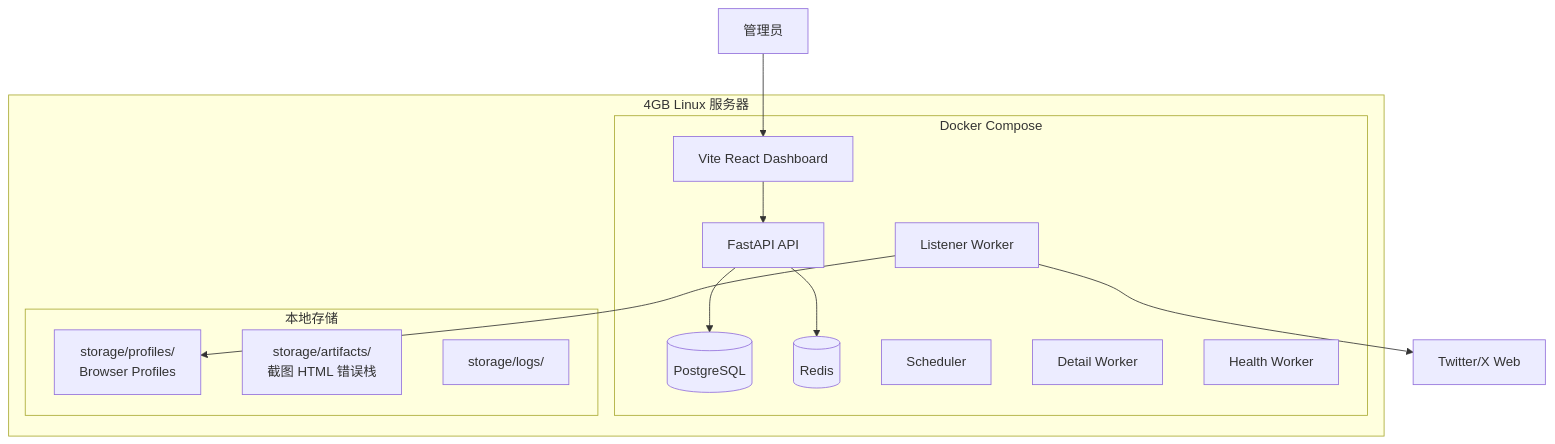
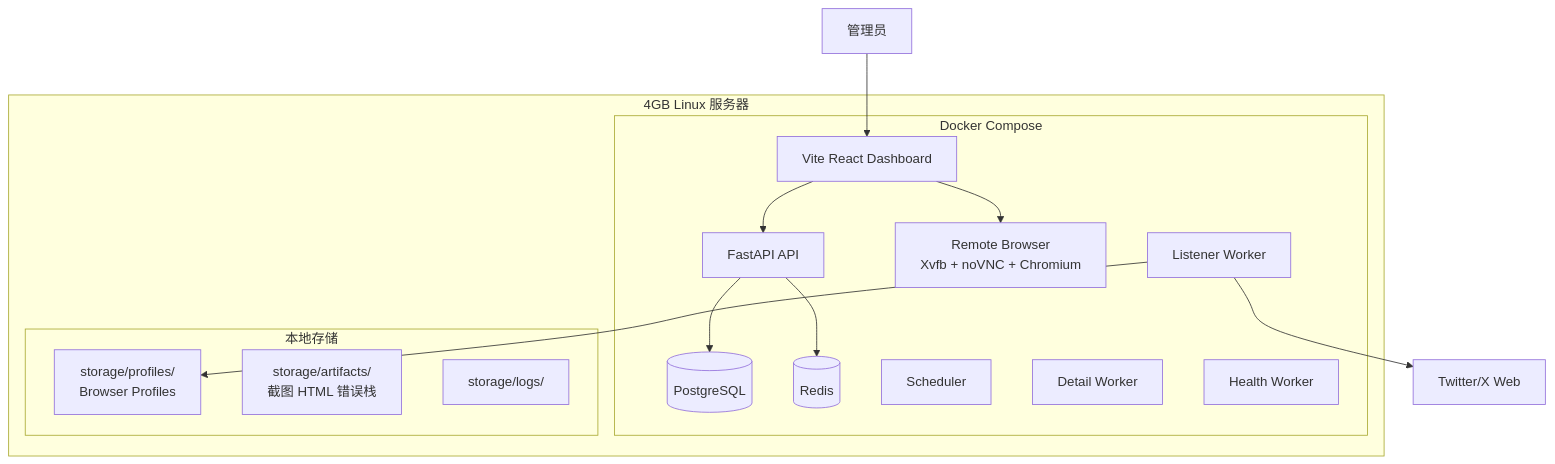
One commit to Guranta/ganksnews changed the fifth of 5 diagrams in docs/architecture.md. Above: the diagram before and after it, drawn with Mermaid. The commit also changed other lines of this file and 4 other files, not shown here.

````diff
--- a/docs/architecture.md
+++ b/docs/architecture.md
@@ -121,30 +145,33 @@
 ```mermaid
 flowchart TB
     subgraph Server[4GB Linux 服务器]
         subgraph Docker[Docker Compose]
             PG[(PostgreSQL)]
             Redis[(Redis)]
             API[FastAPI API]
             Web[Vite React Dashboard]
+            RemoteBrowser[Remote Browser
+Xvfb + noVNC + Chromium]
             Scheduler[Scheduler]
             Listener[Listener Worker]
             Detail[Detail Worker]
             HealthWorker[Health Worker]
         end
 
         subgraph Storage[本地存储]
             Profiles[storage/profiles/\nBrowser Profiles]
             Artifacts[storage/artifacts/\n截图 HTML 错误栈]
             Logs[storage/logs/]
         end
     end
 
     X[Twitter/X Web]
 
     User[管理员] --> Web
     Web --> API
+    Web --> RemoteBrowser
     API --> PG
     API --> Redis
     Listener --> X
     Listener --> Profiles
 ```
````
